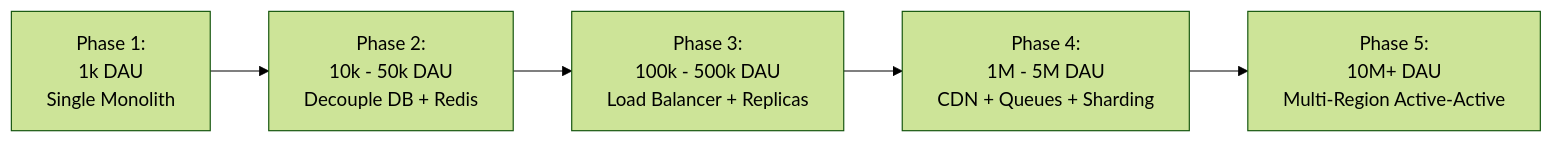
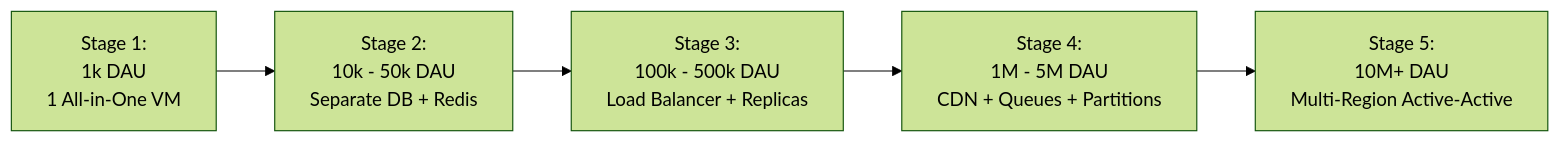
The fifth of 9 diagrams in server.md (Sujalkathait/high-level-design), drawn with Mermaid (forest theme) before and after one commit. The commit also changed other lines of this file, not shown here.

````diff
--- a/server.md
+++ b/server.md
@@ -269,7 +292,7 @@
 ```mermaid
 flowchart LR
-    P1["Phase 1:<br/>1k DAU<br/>Single Monolith"] --> P2["Phase 2:<br/>10k - 50k DAU<br/>Decouple DB + Redis"]
-    P2 --> P3["Phase 3:<br/>100k - 500k DAU<br/>Load Balancer + Replicas"]
-    P3 --> P4["Phase 4:<br/>1M - 5M DAU<br/>CDN + Queues + Sharding"]
-    P4 --> P5["Phase 5:<br/>10M+ DAU<br/>Multi-Region Active-Active"]
+    S1["Stage 1:<br/>1k DAU<br/>1 All-in-One VM"] --> S2["Stage 2:<br/>10k - 50k DAU<br/>Separate DB + Redis"]
+    S2 --> S3["Stage 3:<br/>100k - 500k DAU<br/>Load Balancer + Replicas"]
+    S3 --> S4["Stage 4:<br/>1M - 5M DAU<br/>CDN + Queues + Partitions"]
+    S4 --> S5["Stage 5:<br/>10M+ DAU<br/>Multi-Region Active-Active"]
 ```
````
